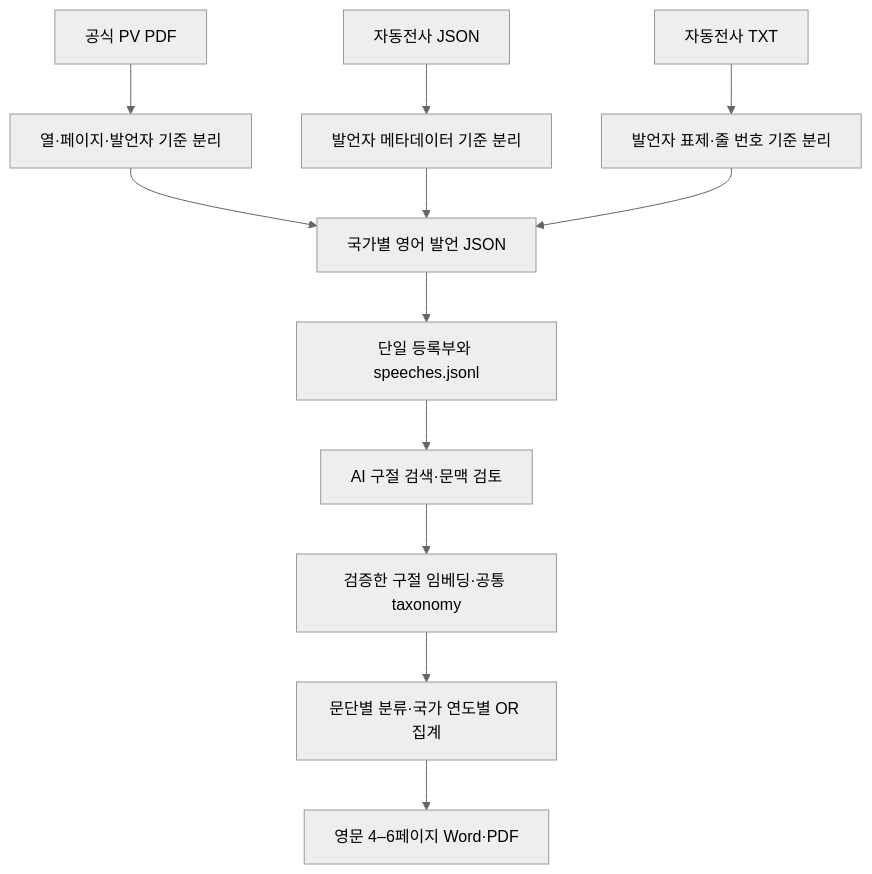
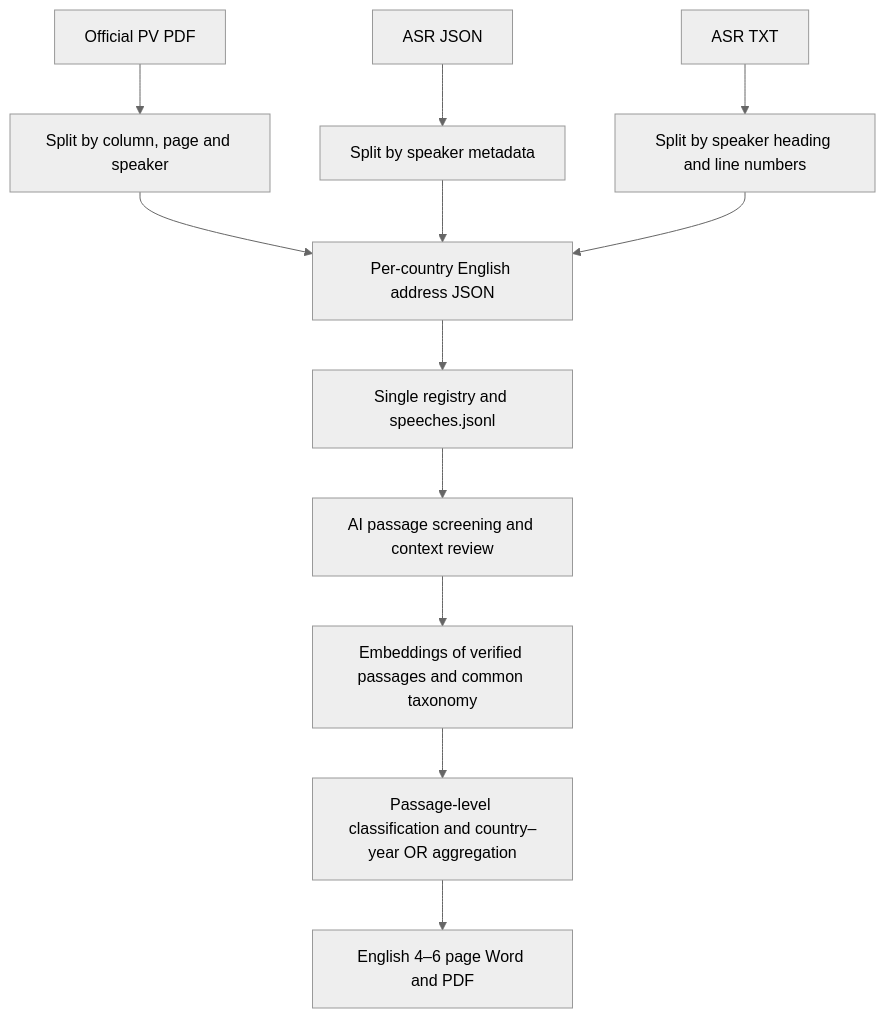
Before and after one commit to UN-EOSG-Analytics/ga_analysis: the diagram in ARCHITECTURE.md, drawn with Mermaid (neutral theme). The commit also changed other lines of this file and 2677 other files, not shown here.

````diff
--- a/ARCHITECTURE.md
+++ b/ARCHITECTURE.md
@@ -13,14 +16,14 @@
 ```mermaid
 flowchart TD
-  A[공식 PV PDF] --> B[열·페이지·발언자 기준 분리]
-  C[자동전사 JSON] --> D[발언자 메타데이터 기준 분리]
-  E[자동전사 TXT] --> F[발언자 표제·줄 번호 기준 분리]
-  B --> G[국가별 영어 발언 JSON]
+  A[Official PV PDF] --> B[Split by column, page and speaker]
+  C[ASR JSON] --> D[Split by speaker metadata]
+  E[ASR TXT] --> F[Split by speaker heading and line numbers]
+  B --> G[Per-country English address JSON]
   D --> G
   F --> G
-  G --> H[단일 등록부와 speeches.jsonl]
-  H --> I[AI 구절 검색·문맥 검토]
-  I --> J[검증한 구절 임베딩·공통 taxonomy]
-  J --> K[문단별 분류·국가 연도별 OR 집계]
-  K --> L[영문 4–6페이지 Word·PDF]
+  G --> H[Single registry and speeches.jsonl]
+  H --> I[AI passage screening and context review]
+  I --> J[Embeddings of verified passages and common taxonomy]
+  J --> K[Passage-level classification and country–year OR aggregation]
+  K --> L[English 4–6 page Word and PDF]
 ```
````
